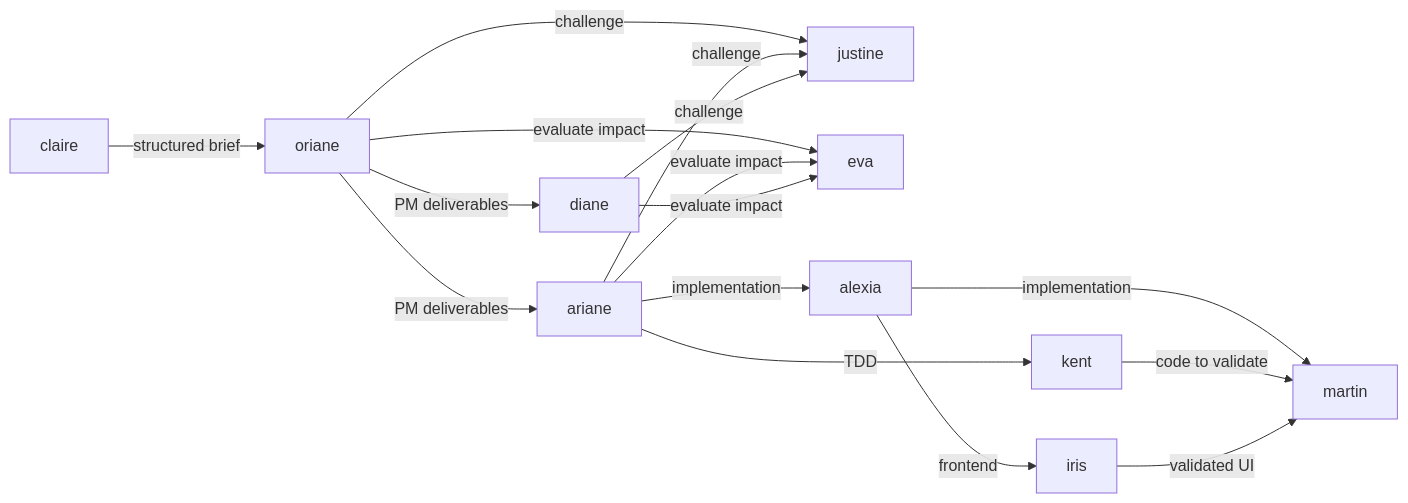
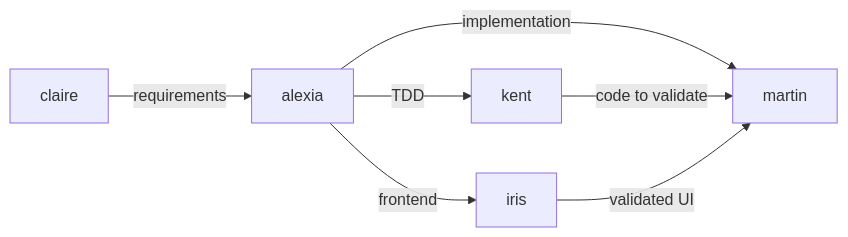
The diagram in aidd_docs/memory/agents_coordination.md (jfaussion/Social-paroi), drawn with Mermaid before and after one commit. The commit also changed other lines of this file and 45 other files, not shown here.

````diff
--- a/aidd_docs/memory/agents_coordination.md
+++ b/aidd_docs/memory/agents_coordination.md
@@ -23,18 +18,9 @@
 ```mermaid
 graph LR
-    claire -->|structured brief| oriane
-    oriane -->|PM deliverables| ariane
-    oriane -->|PM deliverables| diane
-    oriane -->|challenge| justine
-    oriane -->|evaluate impact| eva
-    ariane -->|challenge| justine
-    ariane -->|evaluate impact| eva
-    diane -->|challenge| justine
-    diane -->|evaluate impact| eva
-    ariane -->|implementation| alexia
-    ariane -->|TDD| kent
+    claire -->|requirements| alexia
     alexia -->|implementation| martin
     alexia -->|frontend| iris
+    alexia -->|TDD| kent
     kent -->|code to validate| martin
     iris -->|validated UI| martin
 ```
````
